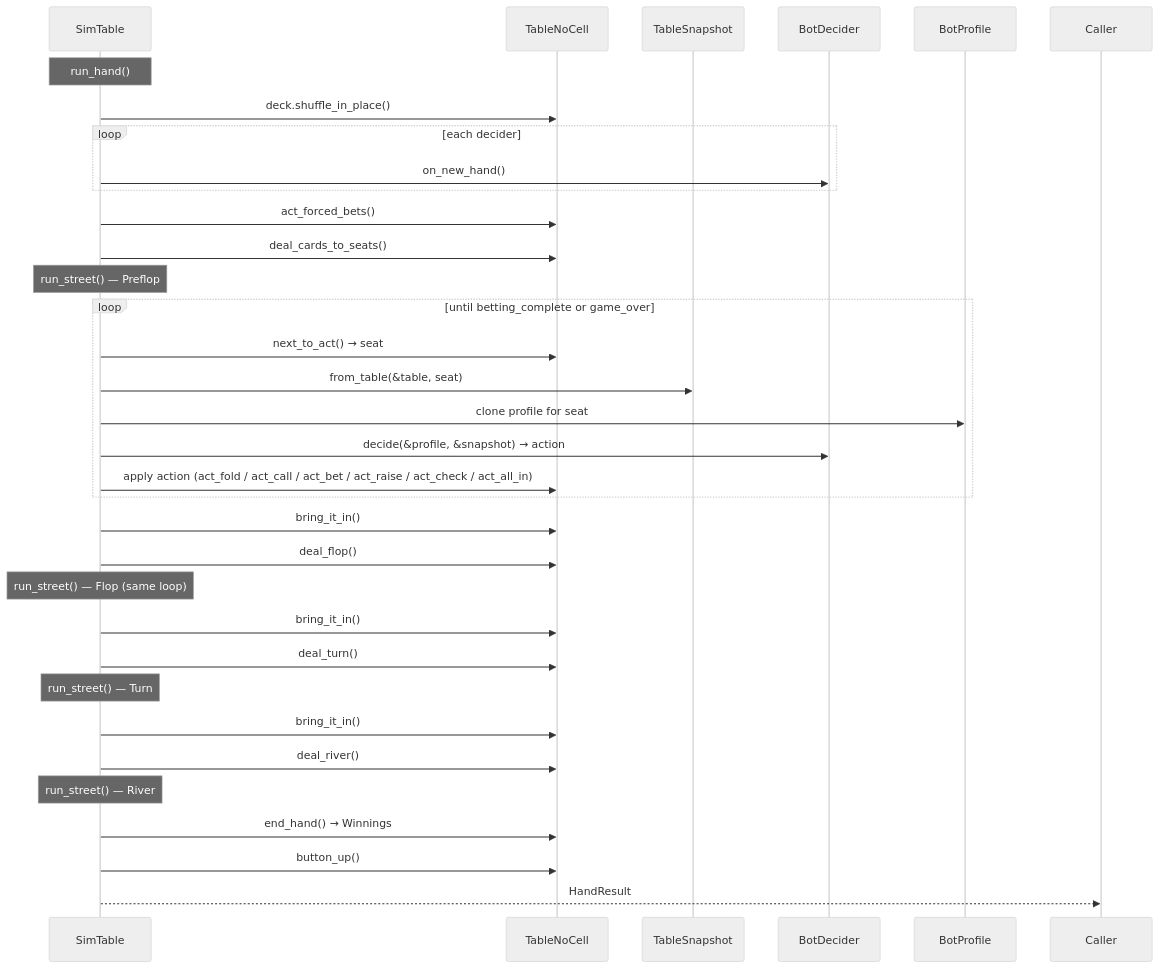
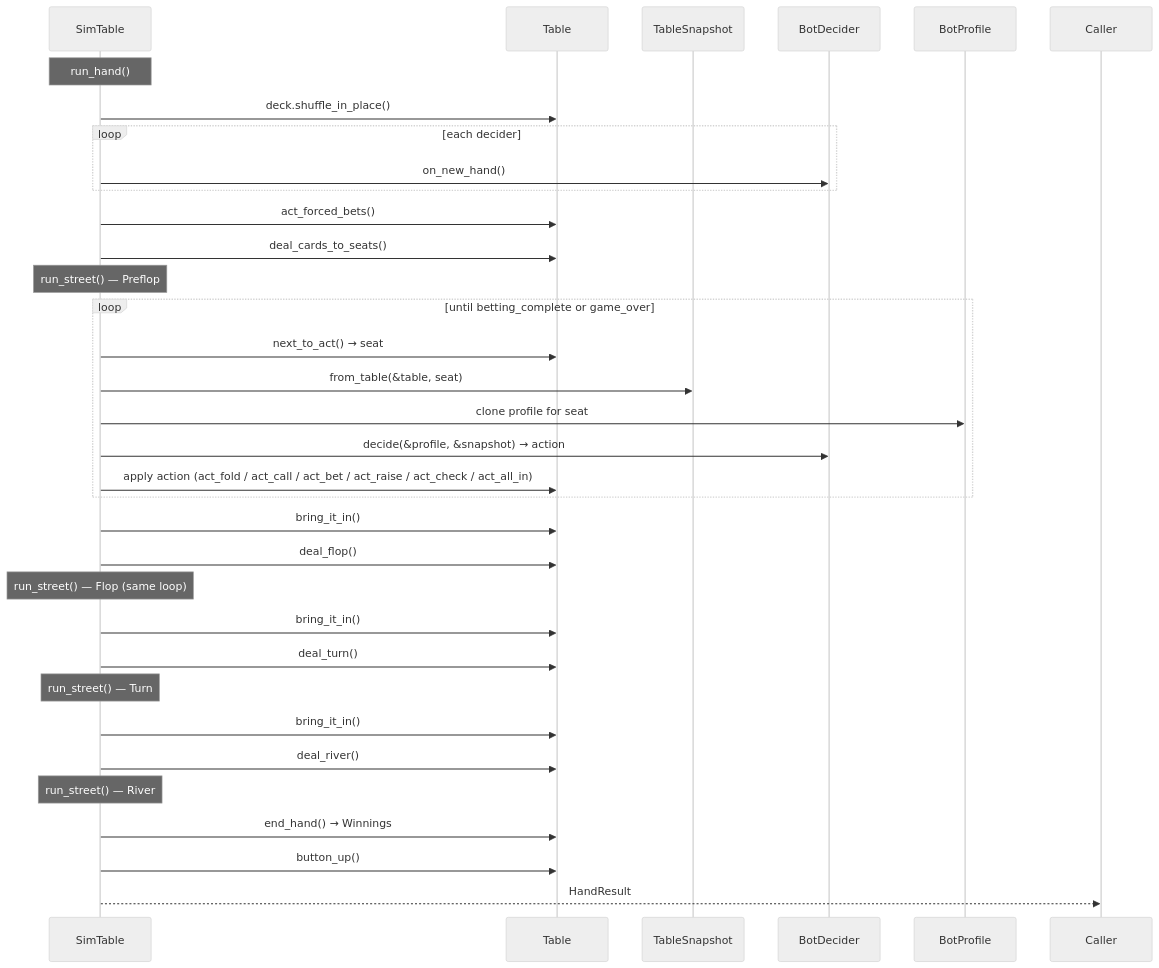
Before and after one commit to ImperialBower/pkcore: the sixth of 6 diagrams in src/bot/BOT_MODULE_GUIDE.md, drawn with Mermaid (neutral theme). The commit also changed other lines of this file and 65 other files, not shown here.

Commit message:
Renamed TableNoCell to Table

````diff
--- a/src/bot/BOT_MODULE_GUIDE.md
+++ b/src/bot/BOT_MODULE_GUIDE.md
@@ -815,38 +815,38 @@
 ```mermaid
 sequenceDiagram
     participant Sim as SimTable
-    participant Table as TableNoCell
+    participant Table
     participant Snap as TableSnapshot
     participant Dec as BotDecider
     participant Profile as BotProfile
 
     Note over Sim: run_hand()
     Sim->>Table: deck.shuffle_in_place()
     loop each decider
         Sim->>Dec: on_new_hand()
     end
     Sim->>Table: act_forced_bets()
     Sim->>Table: deal_cards_to_seats()
 
     Note over Sim: run_street() — Preflop
     loop until betting_complete or game_over
         Sim->>Table: next_to_act() → seat
         Sim->>Snap: from_table(&table, seat)
         Sim->>Profile: clone profile for seat
         Sim->>Dec: decide(&profile, &snapshot) → action
         Sim->>Table: apply action (act_fold / act_call / act_bet / act_raise / act_check / act_all_in)
     end
 
     Sim->>Table: bring_it_in()
     Sim->>Table: deal_flop()
     Note over Sim: run_street() — Flop (same loop)
     Sim->>Table: bring_it_in()
     Sim->>Table: deal_turn()
     Note over Sim: run_street() — Turn
     Sim->>Table: bring_it_in()
     Sim->>Table: deal_river()
     Note over Sim: run_street() — River
     Sim->>Table: end_hand() → Winnings
     Sim->>Table: button_up()
     Sim-->>Caller: HandResult
 ```
````
